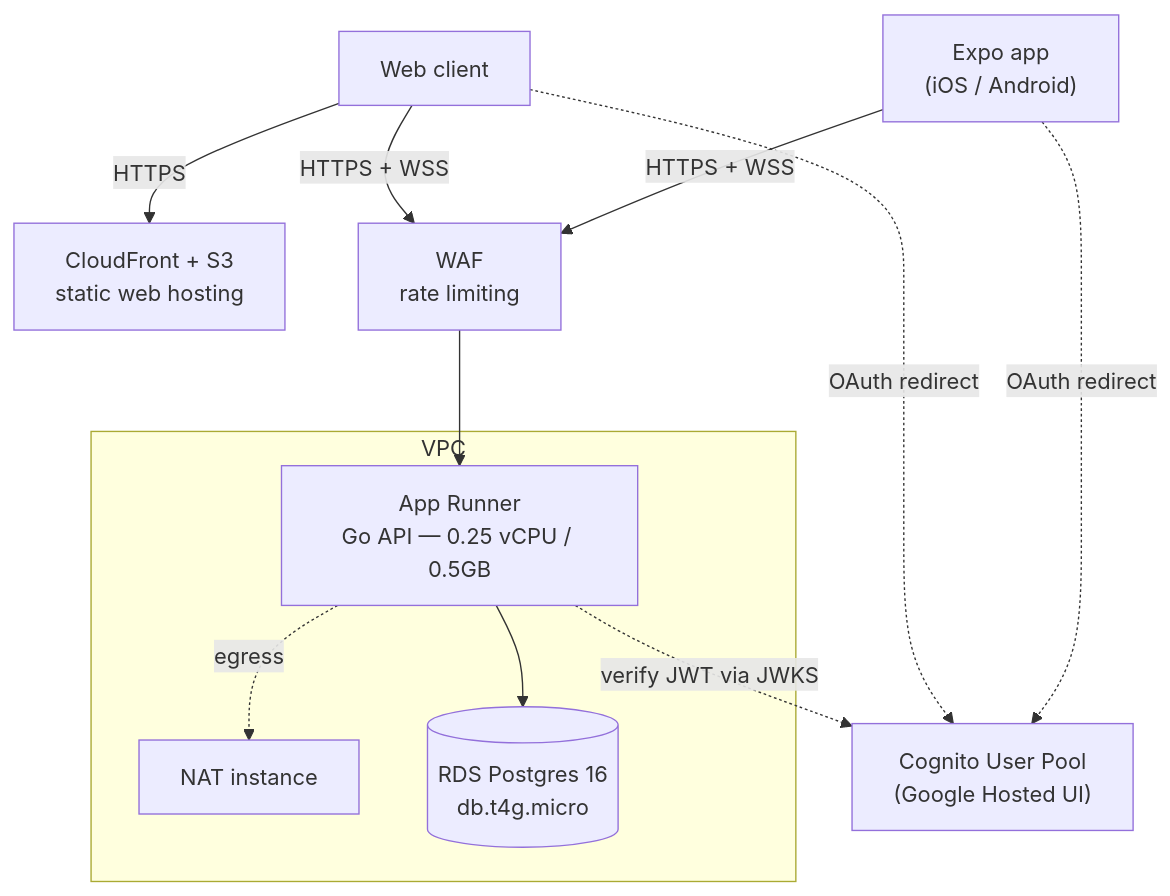
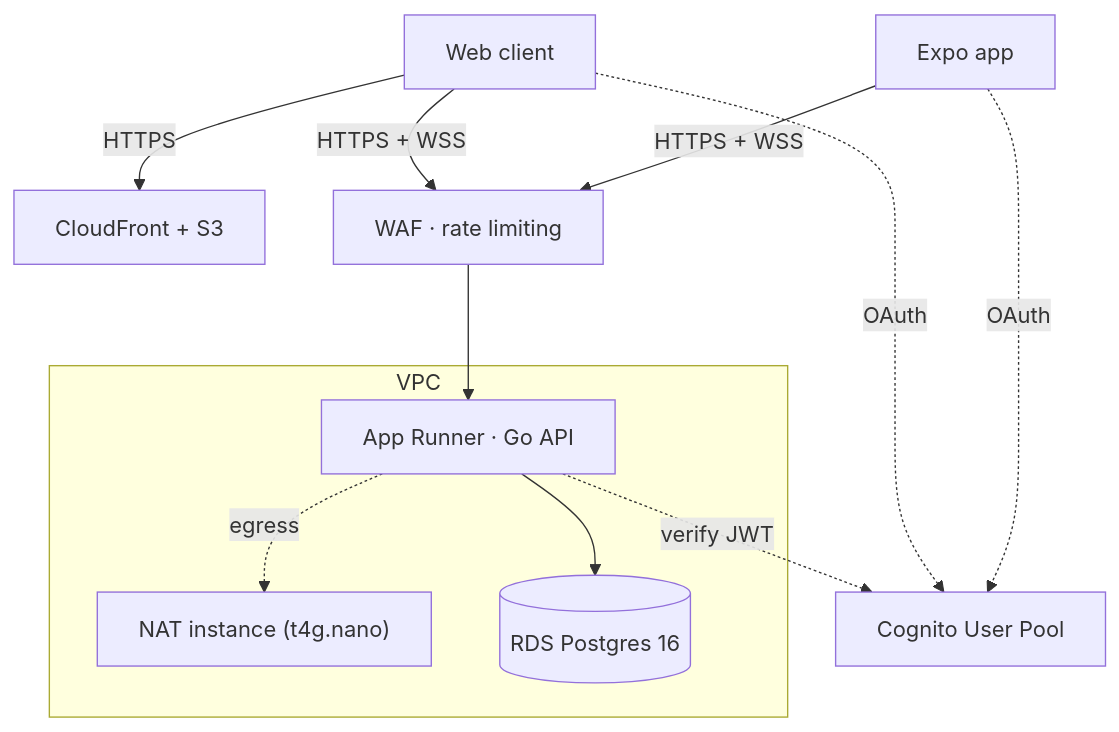
Before and after one commit to jwhigham93/Globify: the second of 6 diagrams in ENGINEERING_NOTES.md, drawn with Mermaid. The commit also changed other lines of this file and 4 other files, not shown here.

````diff
--- a/ENGINEERING_NOTES.md
+++ b/ENGINEERING_NOTES.md
@@ -29,24 +73,23 @@
 ```mermaid
 flowchart TB
-    Mobile["Expo app\n(iOS / Android)"]
+    Mobile["Expo app"]
     Web["Web client"]
-    Cognito["Cognito User Pool\n(Google Hosted UI)"]
-    CF["CloudFront + S3\nstatic web hosting"]
-    WAF["WAF\nrate limiting"]
+    Cognito["Cognito User Pool"]
+    CF["CloudFront + S3"]
+    WAF["WAF · rate limiting"]
 
     subgraph VPC
-        API["App Runner\nGo API — 0.25 vCPU / 0.5GB"]
-        NAT["NAT instance"]
-        RDS[("RDS Postgres 16\ndb.t4g.micro")]
+        API["App Runner · Go API"]
+        NAT["NAT instance (t4g.nano)"]
+        RDS[("RDS Postgres 16")]
     end
 
     Web -->|HTTPS| CF
-    Mobile -->|"HTTPS + WSS"| WAF
-    Web -->|"HTTPS + WSS"| WAF
+    Mobile -->|HTTPS + WSS| WAF
+    Web -->|HTTPS + WSS| WAF
     WAF --> API
     API --> RDS
     API -.->|egress| NAT
-    Mobile -.->|OAuth redirect| Cognito
-    Web -.->|OAuth redirect| Cognito
-    API -.->|verify JWT via JWKS| Cognito
+    Mobile & Web -.->|OAuth| Cognito
+    API -.->|verify JWT| Cognito
 ```
````
